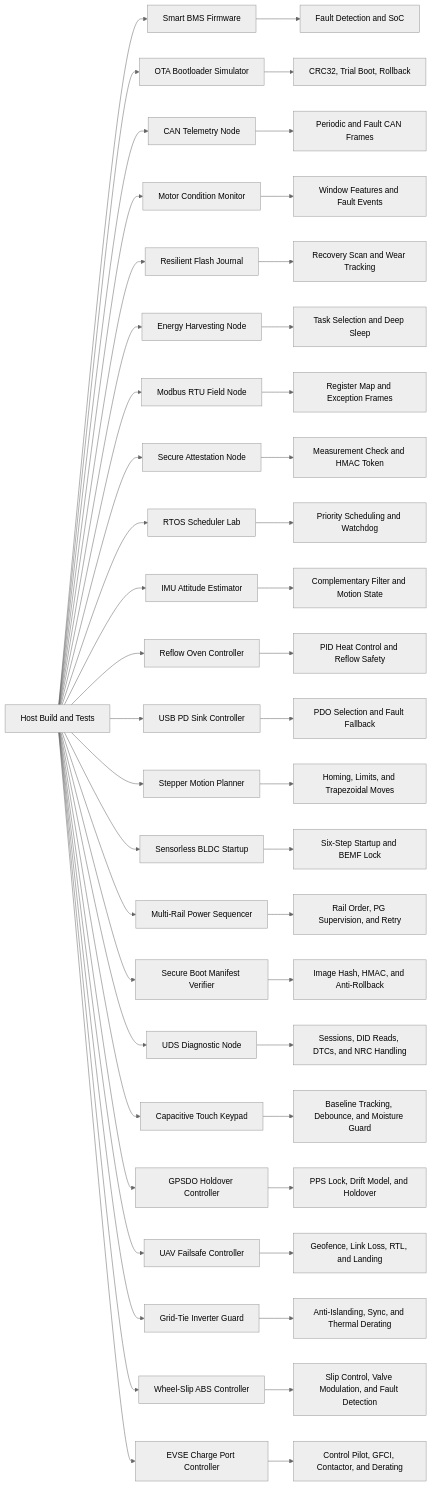
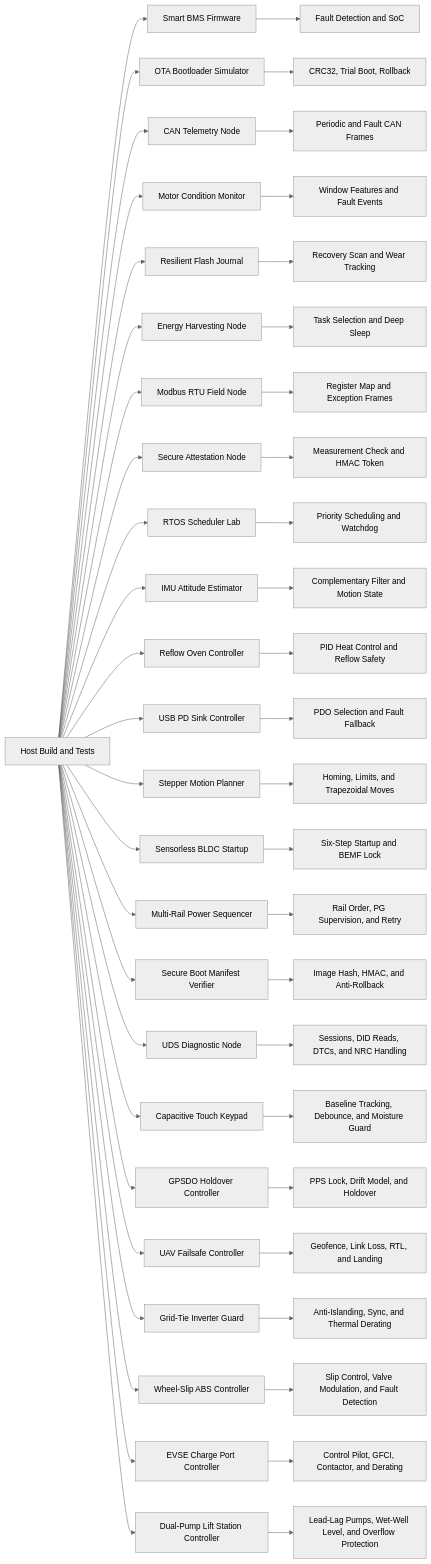
One commit to akifitu/embedded-systems-portfolio-lab changed the diagram in README.md. Above: the diagram before and after it, drawn with Mermaid (neutral theme). The commit also changed other lines of this file and 16 other files, not shown here.

Commit message:
Add dual-pump lift station controller project

````diff
--- a/README.md
+++ b/README.md
@@ -41,49 +42,51 @@
 ```mermaid
 flowchart LR
     Host[Host Build and Tests] --> BMS[Smart BMS Firmware]
     Host --> OTA[OTA Bootloader Simulator]
     Host --> CAN[CAN Telemetry Node]
     Host --> MCM[Motor Condition Monitor]
     Host --> RFJ[Resilient Flash Journal]
     Host --> EHN[Energy Harvesting Node]
     Host --> MB[Modbus RTU Field Node]
     Host --> SAN[Secure Attestation Node]
     Host --> RTOS[RTOS Scheduler Lab]
     Host --> IMU[IMU Attitude Estimator]
     Host --> RO[Reflow Oven Controller]
     Host --> PD[USB PD Sink Controller]
     Host --> SMP[Stepper Motion Planner]
     Host --> BLDC[Sensorless BLDC Startup]
     Host --> PSEQ[Multi-Rail Power Sequencer]
     Host --> SBV[Secure Boot Manifest Verifier]
     Host --> UDS[UDS Diagnostic Node]
     Host --> TOUCH[Capacitive Touch Keypad]
     Host --> GPSDO[GPSDO Holdover Controller]
     Host --> UAV[UAV Failsafe Controller]
     Host --> INV[Grid-Tie Inverter Guard]
     Host --> ABS[Wheel-Slip ABS Controller]
     Host --> EVSE[EVSE Charge Port Controller]
+    Host --> LIFT[Dual-Pump Lift Station Controller]
     BMS --> Safety[Fault Detection and SoC]
     OTA --> Reliability[CRC32, Trial Boot, Rollback]
     CAN --> VehicleBus[Periodic and Fault CAN Frames]
     MCM --> Predictive[Window Features and Fault Events]
     RFJ --> Persistence[Recovery Scan and Wear Tracking]
     EHN --> Power[Task Selection and Deep Sleep]
     MB --> Industrial[Register Map and Exception Frames]
     SAN --> Trust[Measurement Check and HMAC Token]
     RTOS --> Timing[Priority Scheduling and Watchdog]
     IMU --> Fusion[Complementary Filter and Motion State]
     RO --> Thermal[PID Heat Control and Reflow Safety]
     PD --> Negotiation[PDO Selection and Fault Fallback]
     SMP --> Motion[Homing, Limits, and Trapezoidal Moves]
     BLDC --> Drive[Six-Step Startup and BEMF Lock]
     PSEQ --> BoardPower[Rail Order, PG Supervision, and Retry]
     SBV --> Chain[Image Hash, HMAC, and Anti-Rollback]
     UDS --> Diag[Sessions, DID Reads, DTCs, and NRC Handling]
     TOUCH --> HMI[Baseline Tracking, Debounce, and Moisture Guard]
     GPSDO --> Timing2[PPS Lock, Drift Model, and Holdover]
     UAV --> Flight[Geofence, Link Loss, RTL, and Landing]
     INV --> GridPower[Anti-Islanding, Sync, and Thermal Derating]
     ABS --> Chassis[Slip Control, Valve Modulation, and Fault Detection]
     EVSE --> Charging[Control Pilot, GFCI, Contactor, and Derating]
+    LIFT --> Water[Lead-Lag Pumps, Wet-Well Level, and Overflow Protection]
 ```
````
